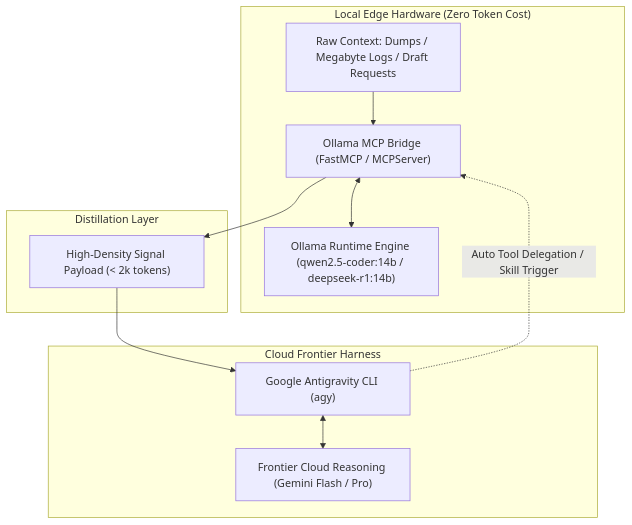
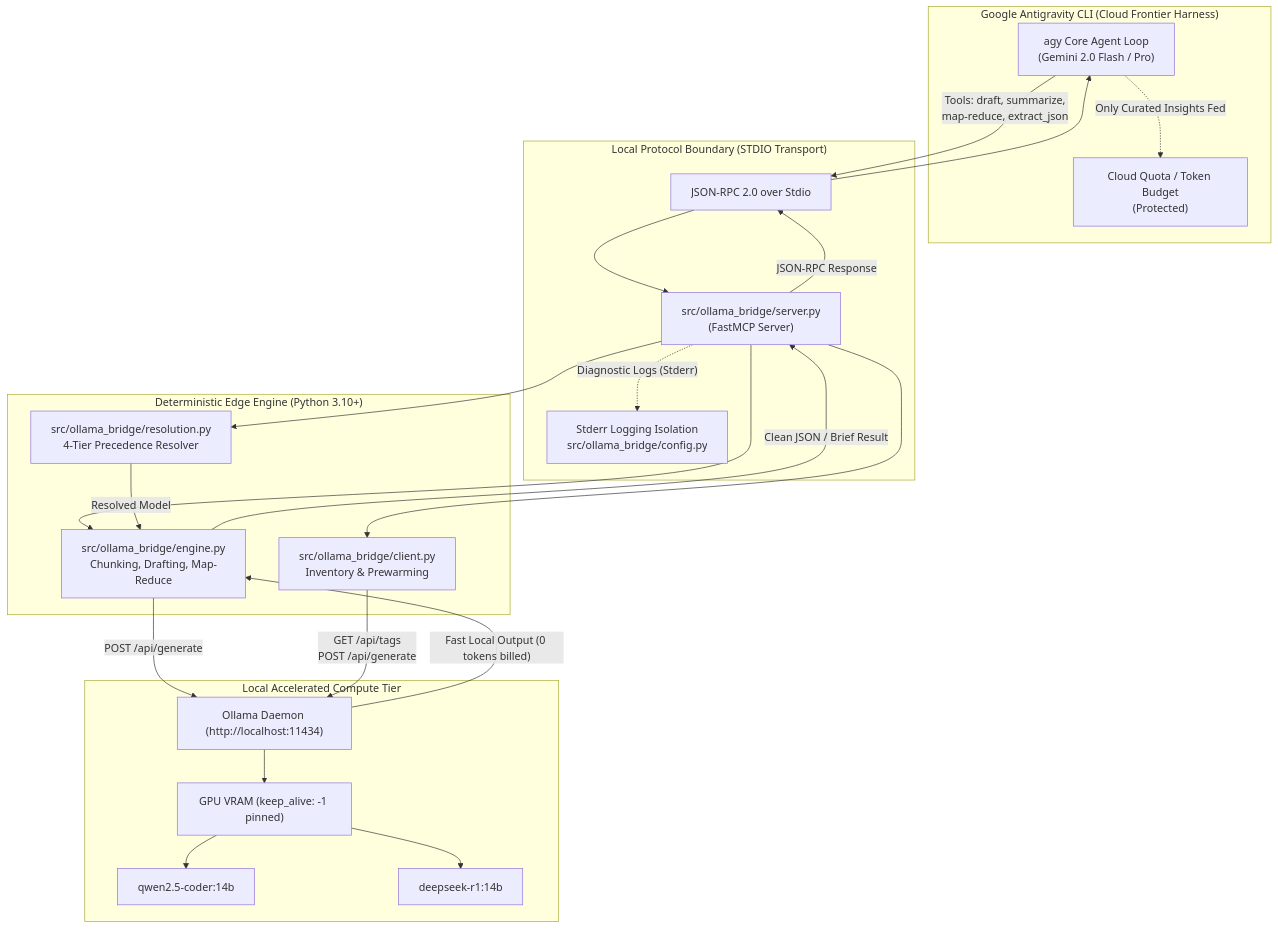
Before and after one commit to leifdavisson/agy-ollama-mcp: the diagram in README.md, drawn with Mermaid. The commit also changed other lines of this file and 11 other files, not shown here.

````diff
--- a/README.md
+++ b/README.md
@@ -19,23 +43,44 @@
 ```mermaid
 flowchart TD
-    subgraph Local_Edge ["Local Edge Hardware (Zero Token Cost)"]
-        RawContext["Raw Context: Dumps / Megabyte Logs / Draft Requests"]
-        OllamaEngine["Ollama Runtime Engine (qwen2.5-coder:14b / deepseek-r1:14b)"]
-        Bridge["Ollama MCP Bridge (FastMCP / MCPServer)"]
-        RawContext --> Bridge
-        Bridge <--> OllamaEngine
+    subgraph Antigravity ["Google Antigravity CLI (Cloud Frontier Harness)"]
+        AGY["agy Core Agent Loop\n(Gemini 2.0 Flash / Pro)"]
+        CLO_QUOTA["Cloud Quota / Token Budget\n(Protected)"]
     end
 
-    subgraph Distillation ["Distillation Layer"]
-        DistilledPayload["High-Density Signal Payload (< 2k tokens)"]
-        Bridge --> DistilledPayload
+    subgraph MCP_Boundary ["Local Protocol Boundary (STDIO Transport)"]
+        STDIO["JSON-RPC 2.0 over Stdio"]
+        SERVER["src/ollama_bridge/server.py\n(FastMCP Server)"]
+        ISOLATION["Stderr Logging Isolation\nsrc/ollama_bridge/config.py"]
     end
 
-    subgraph Cloud_Orchestration ["Cloud Frontier Harness"]
-        AgyCLI["Google Antigravity CLI (agy)"]
-        CloudModel["Frontier Cloud Reasoning (Gemini Flash / Pro)"]
-        DistilledPayload --> AgyCLI
-        AgyCLI <--> CloudModel
-        AgyCLI -. Auto Tool Delegation / Skill Trigger .-> Bridge
+    subgraph Bridge_Engine ["Deterministic Edge Engine (Python 3.10+)"]
+        RES["src/ollama_bridge/resolution.py\n4-Tier Precedence Resolver"]
+        ENG["src/ollama_bridge/engine.py\nChunking, Drafting, Map-Reduce"]
+        CLI["src/ollama_bridge/client.py\nInventory & Prewarming"]
     end
+
+    subgraph Hardware_Tier ["Local Accelerated Compute Tier"]
+        OLLAMA["Ollama Daemon (http://localhost:11434)"]
+        VRAM["GPU VRAM (keep_alive: -1 pinned)"]
+        QWEN["qwen2.5-coder:14b"]
+        DEEPSEEK["deepseek-r1:14b"]
+    end
+
+    AGY -->|"Tools: draft, summarize,\nmap-reduce, extract_json"| STDIO
+    STDIO --> SERVER
+    SERVER --> RES
+    SERVER --> ENG
+    SERVER --> CLI
+    SERVER -.->|"Diagnostic Logs (Stderr)"| ISOLATION
+    RES -->|"Resolved Model"| ENG
+    ENG -->|"POST /api/generate"| OLLAMA
+    CLI -->|"GET /api/tags\nPOST /api/generate"| OLLAMA
+    OLLAMA --> VRAM
+    VRAM --> QWEN
+    VRAM --> DEEPSEEK
+    OLLAMA -->|"Fast Local Output (0 tokens billed)"| ENG
+    ENG -->|"Clean JSON / Brief Result"| SERVER
+    SERVER -->|"JSON-RPC Response"| STDIO
+    STDIO --> AGY
+    AGY -.->|"Only Curated Insights Fed"| CLO_QUOTA
 ```
````
